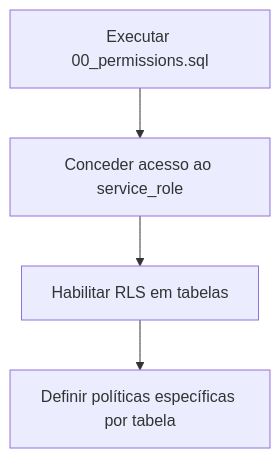
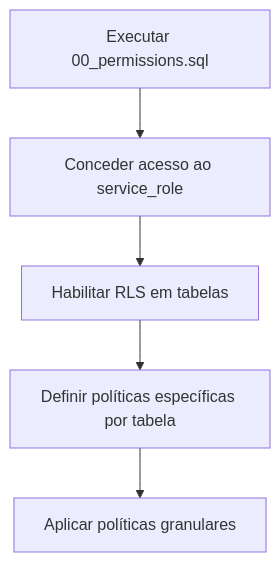
The first of 4 diagrams in .qoder/repowiki/pt/content/Banco de Dados/RLS e Políticas de Segurança.md (SinesysTech/zattar-os), drawn with Mermaid before and after one commit. The commit also changed other lines of this file and 6 other files, not shown here.

````diff
--- a/.qoder/repowiki/pt/content/Banco de Dados/RLS e Políticas de Segurança.md
+++ b/.qoder/repowiki/pt/content/Banco de Dados/RLS e Políticas de Segurança.md
@@ -33,6 +36,7 @@
 ```mermaid
 flowchart TD
 A["Executar 00_permissions.sql"] --> B["Conceder acesso ao service_role"]
 B --> C["Habilitar RLS em tabelas"]
 C --> D["Definir políticas específicas por tabela"]
+D --> E["Aplicar políticas granulares"]
 ```
````
